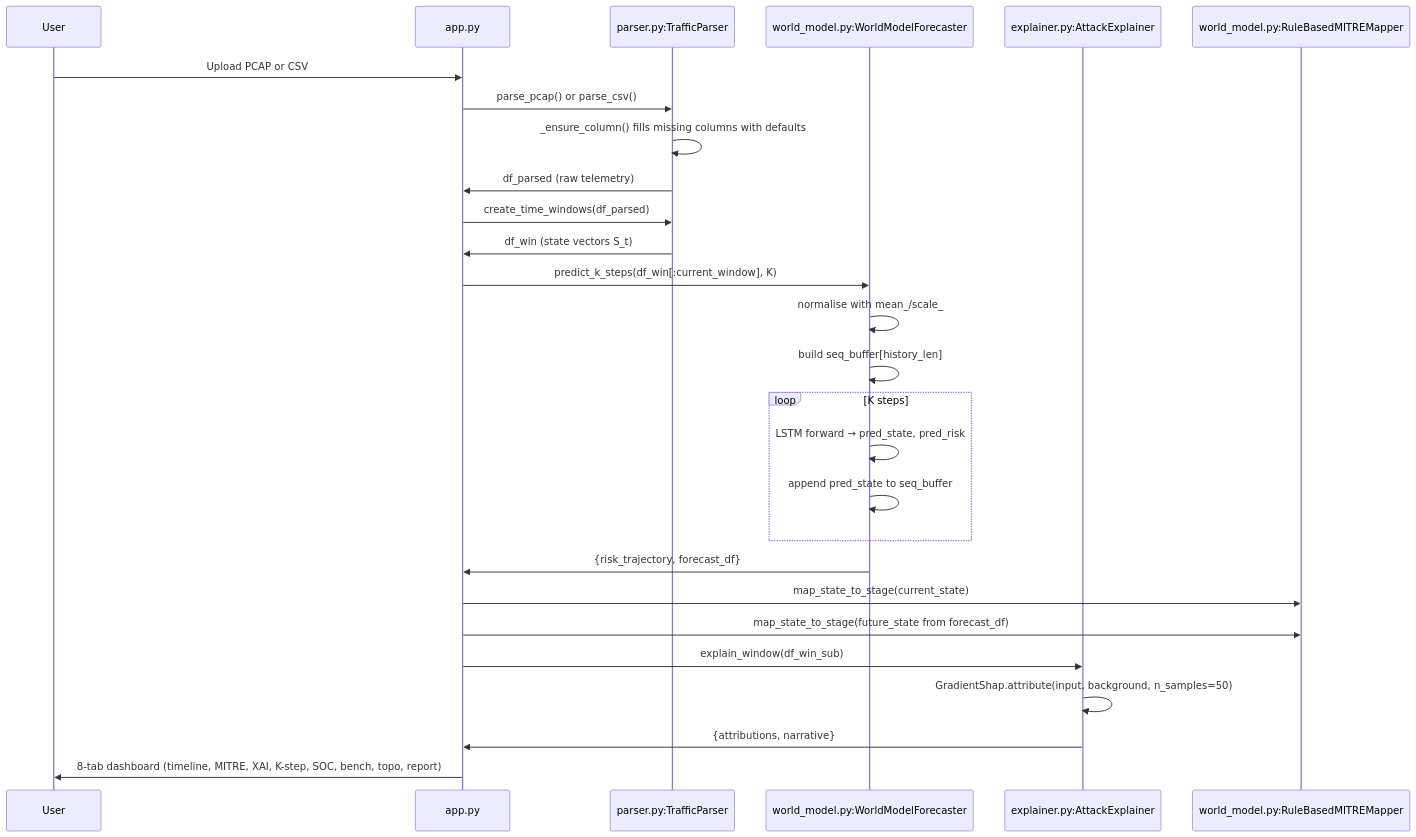
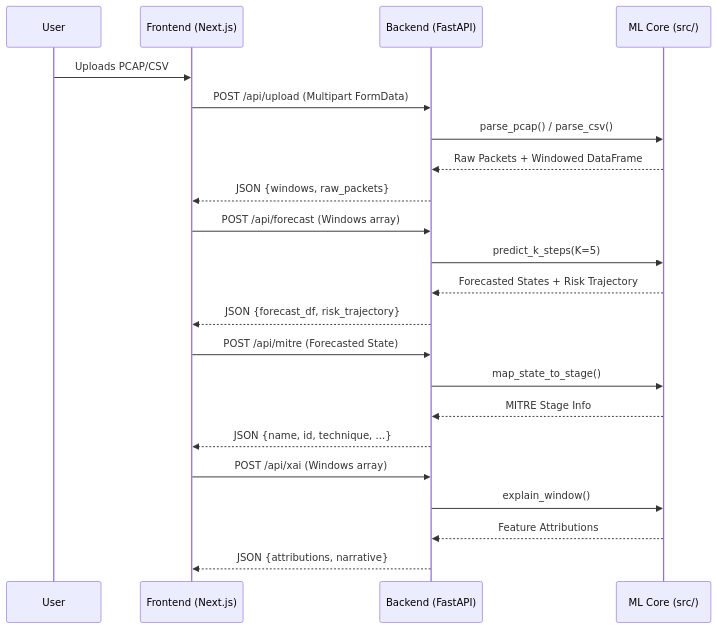
Before and after one commit to Asachdeva001/SIH26153: the second of 2 diagrams in docs/audit/02_PROJECT_INVENTORY.md, drawn with Mermaid. The commit also changed other lines of this file and 44 other files, not shown here.

````diff
--- a/docs/audit/02_PROJECT_INVENTORY.md
+++ b/docs/audit/02_PROJECT_INVENTORY.md
@@ -179,30 +107,28 @@
 ```mermaid
 sequenceDiagram
     participant User
-    participant Streamlit as app.py
-    participant Parser as parser.py:TrafficParser
-    participant Model as world_model.py:WorldModelForecaster
-    participant Explainer as explainer.py:AttackExplainer
-    participant MITRE as world_model.py:RuleBasedMITREMapper
-
-    User->>Streamlit: Upload PCAP or CSV
-    Streamlit->>Parser: parse_pcap() or parse_csv()
-    Parser->>Parser: _ensure_column() fills missing columns with defaults
-    Parser->>Streamlit: df_parsed (raw telemetry)
-    Streamlit->>Parser: create_time_windows(df_parsed)
-    Parser->>Streamlit: df_win (state vectors S_t)
-    Streamlit->>Model: predict_k_steps(df_win[:current_window], K)
-    Model->>Model: normalise with mean_/scale_
-    Model->>Model: build seq_buffer[history_len]
-    loop K steps
-        Model->>Model: LSTM forward → pred_state, pred_risk
-        Model->>Model: append pred_state to seq_buffer
-    end
-    Model->>Streamlit: {risk_trajectory, forecast_df}
-    Streamlit->>MITRE: map_state_to_stage(current_state)
-    Streamlit->>MITRE: map_state_to_stage(future_state from forecast_df)
-    Streamlit->>Explainer: explain_window(df_win_sub)
-    Explainer->>Explainer: GradientShap.attribute(input, background, n_samples=50)
-    Explainer->>Streamlit: {attributions, narrative}
-    Streamlit->>User: 8-tab dashboard (timeline, MITRE, XAI, K-step, SOC, bench, topo, report)
+    participant NextJS as Frontend (Next.js)
+    participant FastAPI as Backend (FastAPI)
+    participant ML as ML Core (src/)
+    
+    User->>NextJS: Uploads PCAP/CSV
+    NextJS->>FastAPI: POST /api/upload (Multipart FormData)
+    FastAPI->>ML: parse_pcap() / parse_csv()
+    ML-->>FastAPI: Raw Packets + Windowed DataFrame
+    FastAPI-->>NextJS: JSON {windows, raw_packets}
+    
+    NextJS->>FastAPI: POST /api/forecast (Windows array)
+    FastAPI->>ML: predict_k_steps(K=5)
+    ML-->>FastAPI: Forecasted States + Risk Trajectory
+    FastAPI-->>NextJS: JSON {forecast_df, risk_trajectory}
+    
+    NextJS->>FastAPI: POST /api/mitre (Forecasted State)
+    FastAPI->>ML: map_state_to_stage()
+    ML-->>FastAPI: MITRE Stage Info
+    FastAPI-->>NextJS: JSON {name, id, technique, ...}
+    
+    NextJS->>FastAPI: POST /api/xai (Windows array)
+    FastAPI->>ML: explain_window()
+    ML-->>FastAPI: Feature Attributions
+    FastAPI-->>NextJS: JSON {attributions, narrative}
 ```
````
